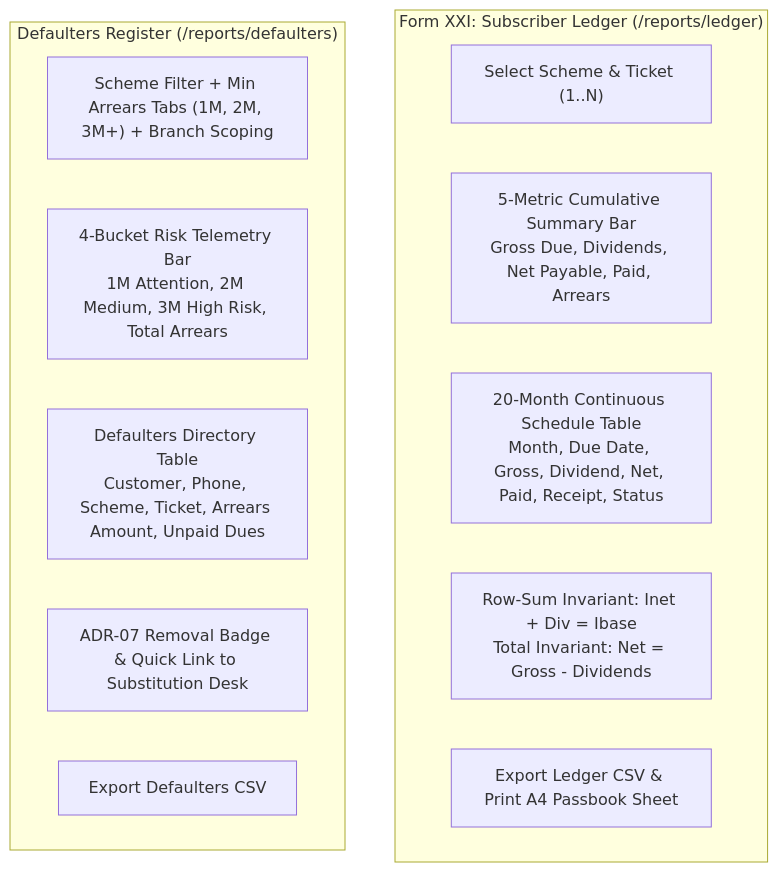
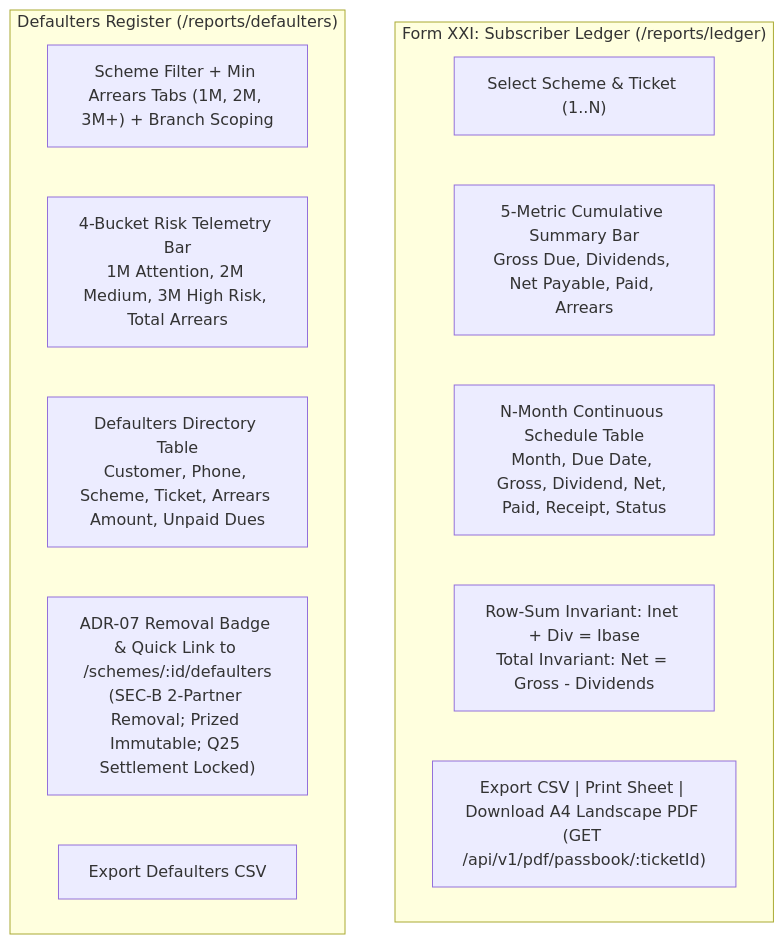
One commit to Kathir-24/Kumaran-finance changed the diagram in docs/web/form-xxi-and-defaulters.md. Above: the diagram before and after it, drawn with Mermaid. The commit also changed other lines of this file and 4 other files, not shown here.

````diff
--- a/docs/web/form-xxi-and-defaulters.md
+++ b/docs/web/form-xxi-and-defaulters.md
@@ -19,18 +19,18 @@
 ```mermaid
 flowchart TD
     subgraph FormXXI["Form XXI: Subscriber Ledger (/reports/ledger)"]
         SchemeSelect["Select Scheme & Ticket (1..N)"]
         CumulativeKPIs["5-Metric Cumulative Summary Bar\nGross Due, Dividends, Net Payable, Paid, Arrears"]
-        MonthlySchedule["20-Month Continuous Schedule Table\nMonth, Due Date, Gross, Dividend, Net, Paid, Receipt, Status"]
+        MonthlySchedule["N-Month Continuous Schedule Table\nMonth, Due Date, Gross, Dividend, Net, Paid, Receipt, Status"]
         RowSumCheck["Row-Sum Invariant: Inet + Div = Ibase\nTotal Invariant: Net = Gross - Dividends"]
-        LedgerActions["Export Ledger CSV & Print A4 Passbook Sheet"]
+        LedgerActions["Export CSV | Print Sheet | Download A4 Landscape PDF (GET /api/v1/pdf/passbook/:ticketId)"]
     end
 
     subgraph Defaulters["Defaulters Register (/reports/defaulters)"]
         Filters["Scheme Filter + Min Arrears Tabs (1M, 2M, 3M+) + Branch Scoping"]
         RiskKPIs["4-Bucket Risk Telemetry Bar\n1M Attention, 2M Medium, 3M High Risk, Total Arrears"]
         DefaulterTable["Defaulters Directory Table\nCustomer, Phone, Scheme, Ticket, Arrears Amount, Unpaid Dues"]
-        ADR07Actions["ADR-07 Removal Badge & Quick Link to Substitution Desk"]
+        ADR07Actions["ADR-07 Removal Badge & Quick Link to /schemes/:id/defaulters\n(SEC-B 2-Partner Removal; Prized Immutable; Q25 Settlement Locked)"]
         DefaulterExport["Export Defaulters CSV"]
     end
 ```
````
